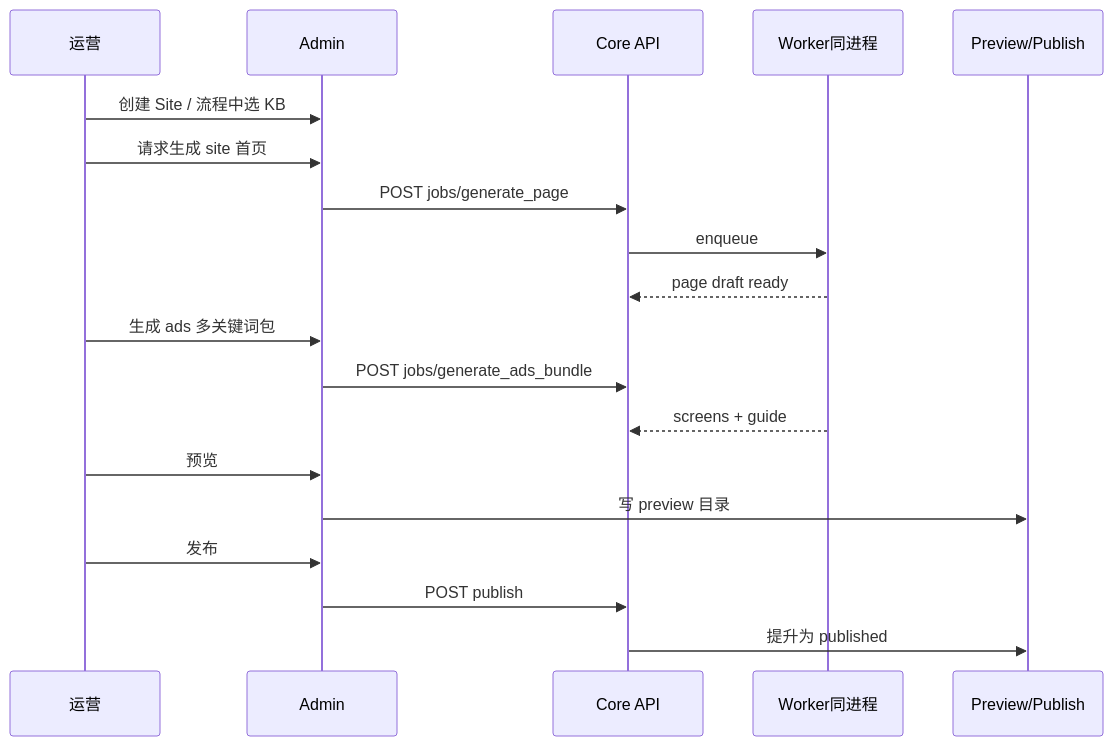
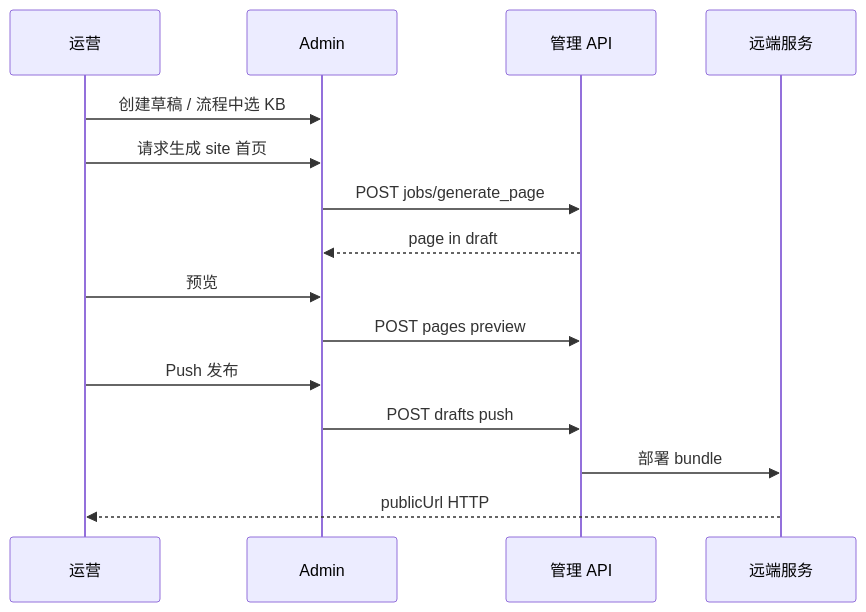
Before and after one commit to SeanLiangYoung/OLPS: the diagram in docs/flows/mvp-happy-path.md, drawn with Mermaid. The commit also changed other lines of this file and 17 other files, not shown here.

First line of the commit message:
fix(admin): address review findings for draft context and settings

````diff
--- a/docs/flows/mvp-happy-path.md
+++ b/docs/flows/mvp-happy-path.md
@@ -68,22 +68,18 @@
 ```mermaid
 sequenceDiagram
   participant U as 运营
   participant Admin as Admin
-  participant API as Core API
-  participant W as Worker同进程
-  participant Out as Preview/Publish
+  participant API as 管理 API
+  participant Remote as 远端服务
 
-  U->>Admin: 创建 Site / 流程中选 KB
+  U->>Admin: 创建草稿 / 流程中选 KB
   U->>Admin: 请求生成 site 首页
   Admin->>API: POST jobs/generate_page
-  API->>W: enqueue
-  W-->>API: page draft ready
-  U->>Admin: 生成 ads 多关键词包
-  Admin->>API: POST jobs/generate_ads_bundle
-  W-->>API: screens + guide
+  API-->>Admin: page in draft
   U->>Admin: 预览
-  Admin->>Out: 写 preview 目录
-  U->>Admin: 发布
-  Admin->>API: POST publish
-  API->>Out: 提升为 published
+  Admin->>API: POST pages preview
+  U->>Admin: Push 发布
+  Admin->>API: POST drafts push
+  API->>Remote: 部署 bundle
+  Remote-->>U: publicUrl HTTP
 ```
````
